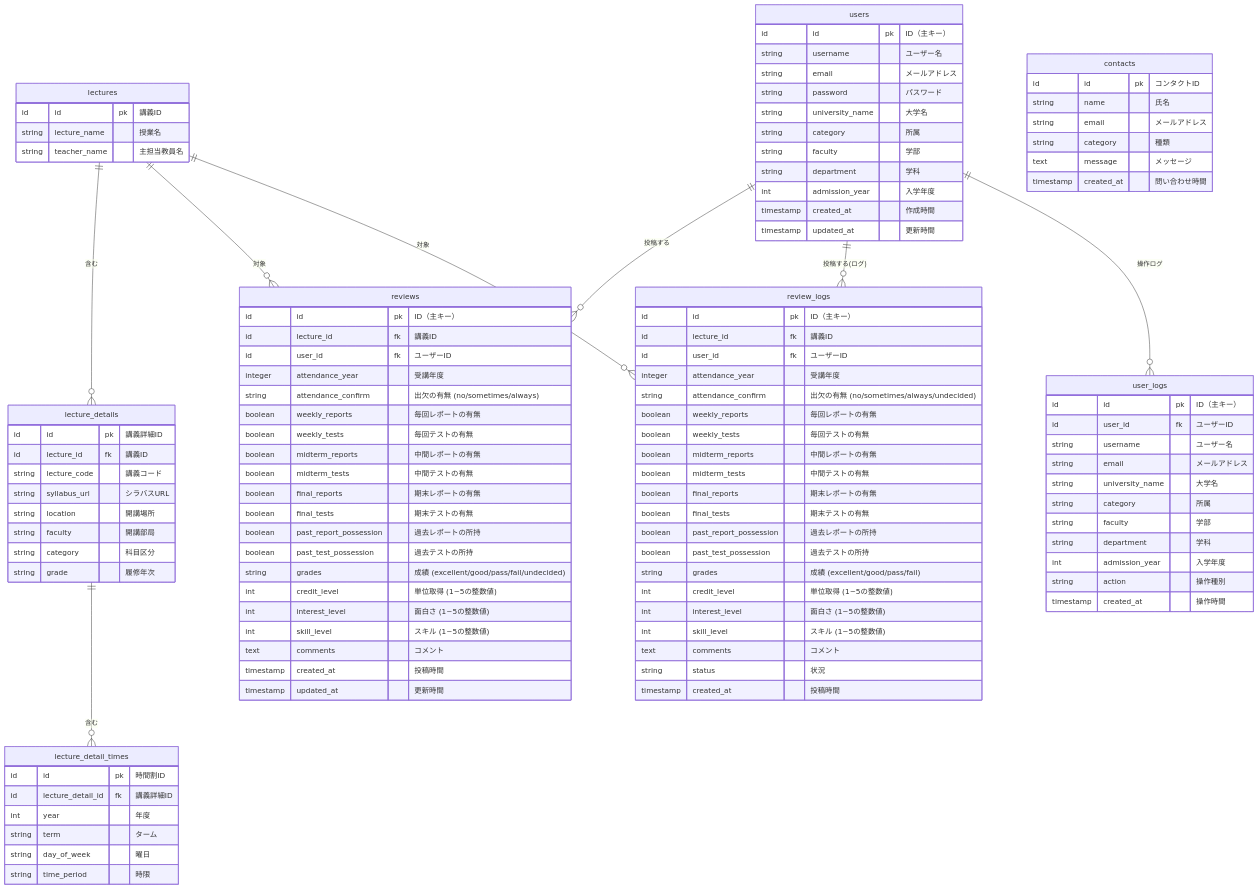
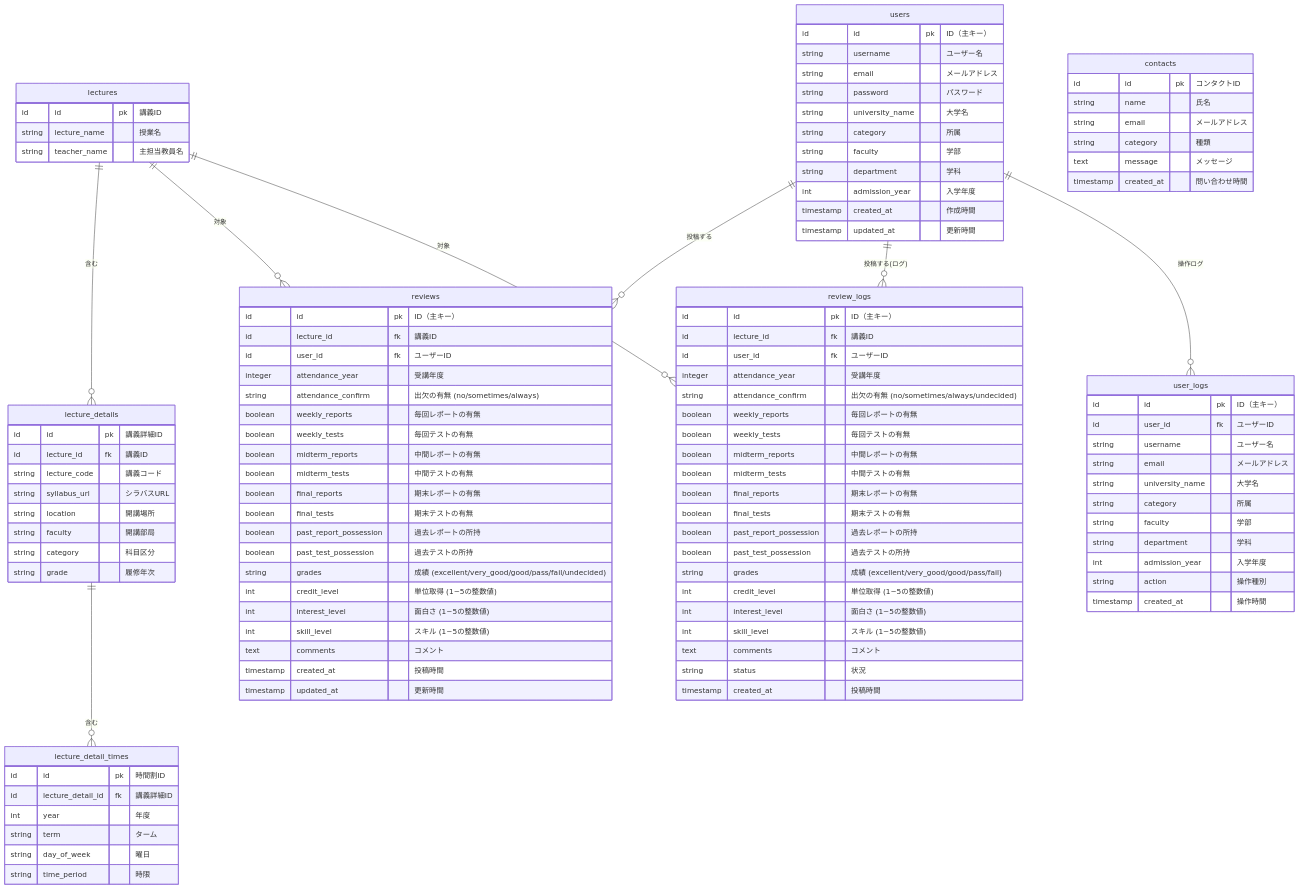
Before and after one commit to HirodaiTarou/kaede-django-next.js: the diagram in docs/database.md, drawn with Mermaid. The commit also changed other lines of this file and 2 other files, not shown here.

Commit message:
#10 成績データの選択肢に良を入れ忘れていたので追記

```diff
--- a/docs/database.md
+++ b/docs/database.md
@@ -71,7 +71,7 @@
     boolean final_tests "期末テストの有無"
     boolean past_report_possession "過去レポートの所持"
     boolean past_test_possession "過去テストの所持"
-    string grades "成績 (excellent/good/pass/fail/undecided)"
+    string grades "成績 (excellent/very_good/good/pass/fail/undecided)"
     int credit_level "単位取得 (1~5の整数値)"
     int interest_level "面白さ (1~5の整数値)"
     int skill_level "スキル (1~5の整数値)"
@@ -94,7 +94,7 @@
     boolean final_tests "期末テストの有無"
     boolean past_report_possession "過去レポートの所持"
     boolean past_test_possession "過去テストの所持"
-    string grades "成績 (excellent/good/pass/fail)"
+    string grades "成績 (excellent/very_good/good/pass/fail)"
     int credit_level "単位取得 (1~5の整数値)"
     int interest_level "面白さ (1~5の整数値)"
     int skill_level "スキル (1~5の整数値)"
```
